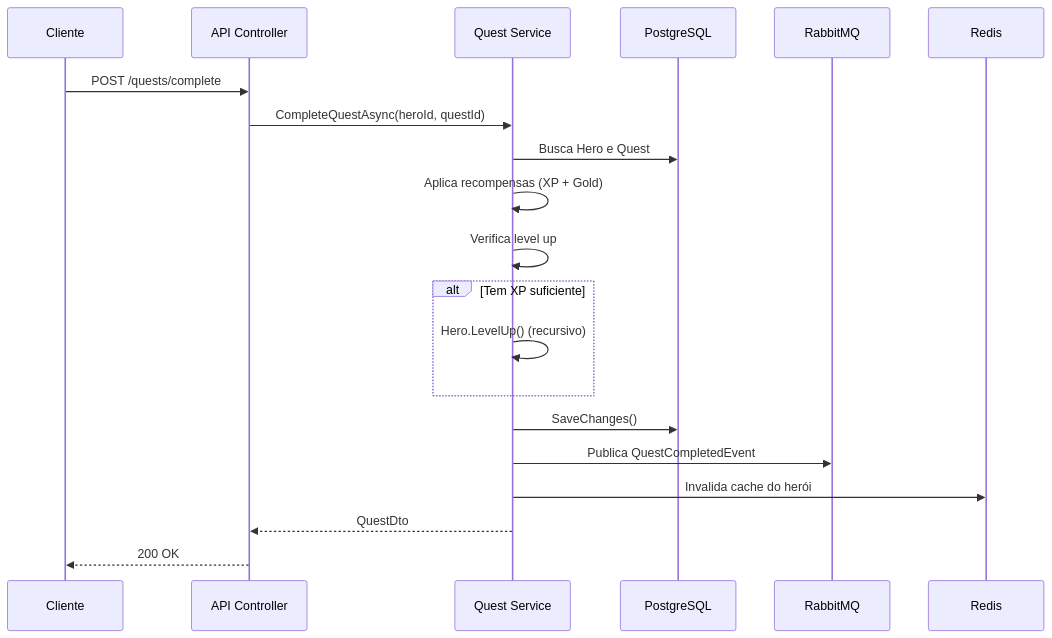
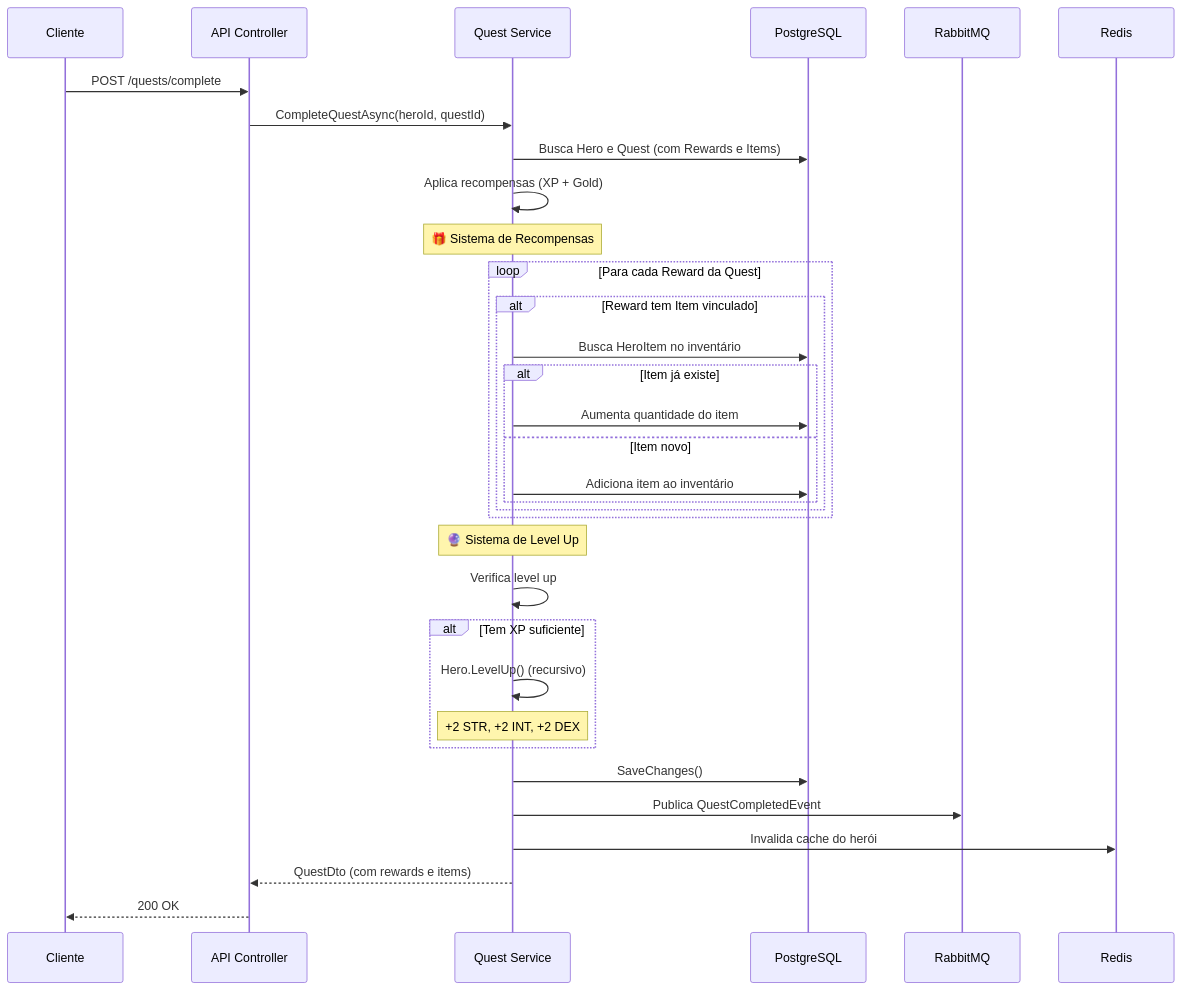
Before and after one commit to NicsDeveloper/rpg-quest-manager: the diagram in README.md, drawn with Mermaid. The commit also changed other lines of this file, not shown here.

First line of the commit message:
docs: refatora README com sistema de roles e recompensas

````diff
--- a/README.md
+++ b/README.md
@@ -374,23 +484,39 @@
 ```mermaid
 sequenceDiagram
     participant C as Cliente
     participant API as API Controller
     participant S as Quest Service
     participant DB as PostgreSQL
     participant R as RabbitMQ
     participant Cache as Redis
 
     C->>API: POST /quests/complete
     API->>S: CompleteQuestAsync(heroId, questId)
-    S->>DB: Busca Hero e Quest
+    S->>DB: Busca Hero e Quest (com Rewards e Items)
     S->>S: Aplica recompensas (XP + Gold)
+    
+    Note over S: 🎁 Sistema de Recompensas
+    loop Para cada Reward da Quest
+        alt Reward tem Item vinculado
+            S->>DB: Busca HeroItem no inventário
+            alt Item já existe
+                S->>DB: Aumenta quantidade do item
+            else Item novo
+                S->>DB: Adiciona item ao inventário
+            end
+        end
+    end
+    
+    Note over S: 🔮 Sistema de Level Up
     S->>S: Verifica level up
     alt Tem XP suficiente
         S->>S: Hero.LevelUp() (recursivo)
+        Note over S: +2 STR, +2 INT, +2 DEX
     end
+    
     S->>DB: SaveChanges()
     S->>R: Publica QuestCompletedEvent
     S->>Cache: Invalida cache do herói
-    S-->>API: QuestDto
+    S-->>API: QuestDto (com rewards e items)
     API-->>C: 200 OK
 ```
````
